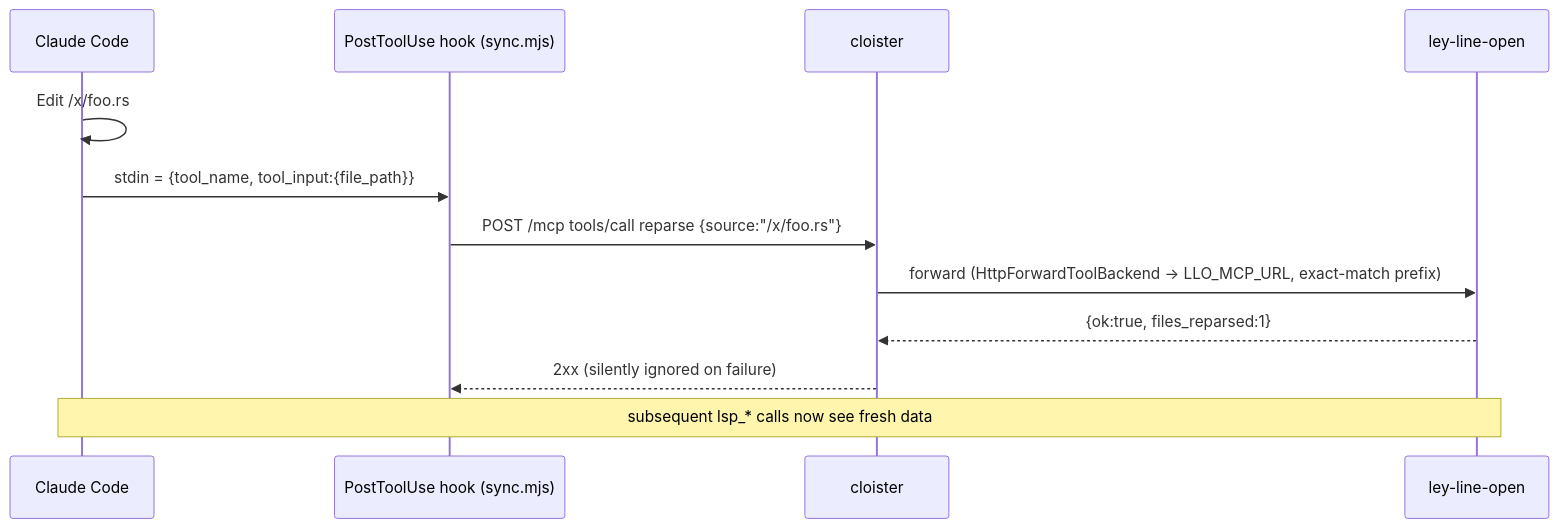
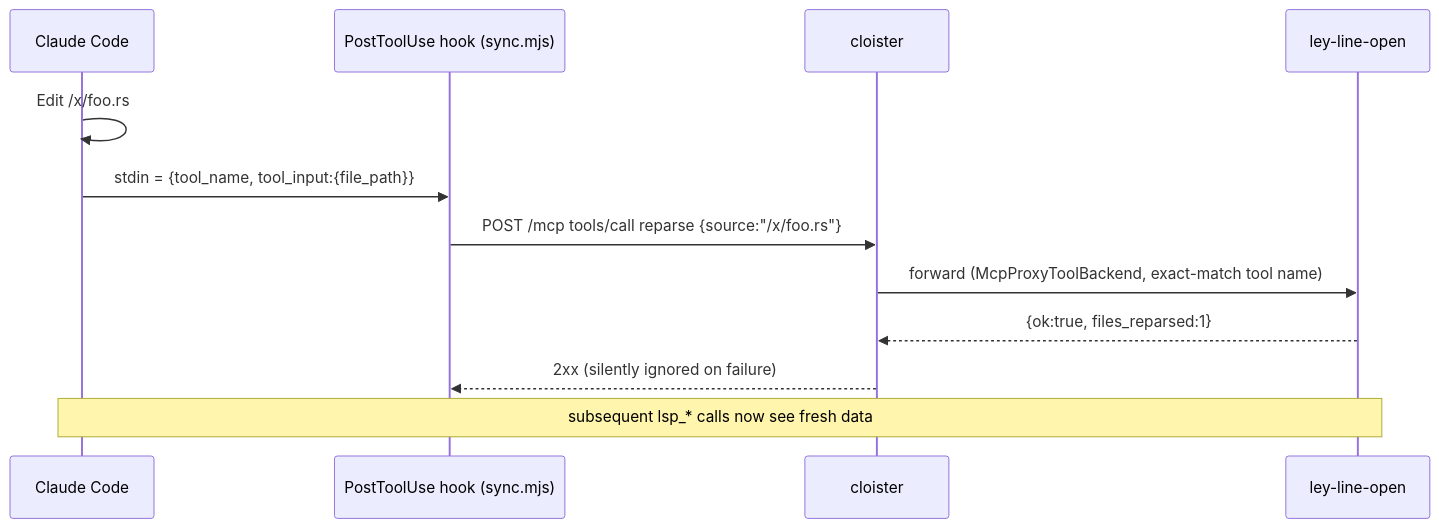
The eighth of 16 diagrams in docs/ARCHITECTURE.md (agentic-research/cloister), drawn with Mermaid before and after one commit. The commit also changed other lines of this file, not shown here.

First line of the commit message:
[cloister-ca2582] docs(architecture): describe both halves as they are now (#324)

````diff
--- a/docs/ARCHITECTURE.md
+++ b/docs/ARCHITECTURE.md
@@ -202,15 +304,15 @@
 ```mermaid
 sequenceDiagram
     participant CC as Claude Code
     participant H as PostToolUse hook (sync.mjs)
     participant CL as cloister
     participant LLO as ley-line-open
 
     CC->>CC: Edit /x/foo.rs
     CC->>H: stdin = {tool_name, tool_input:{file_path}}
     H->>CL: POST /mcp tools/call reparse {source:"/x/foo.rs"}
-    CL->>LLO: forward (HttpForwardToolBackend → LLO_MCP_URL, exact-match prefix)
+    CL->>LLO: forward (McpProxyToolBackend, exact-match tool name)
     LLO-->>CL: {ok:true, files_reparsed:1}
     CL-->>H: 2xx (silently ignored on failure)
     Note over CC,LLO: subsequent lsp_* calls now see fresh data
 ```
````
